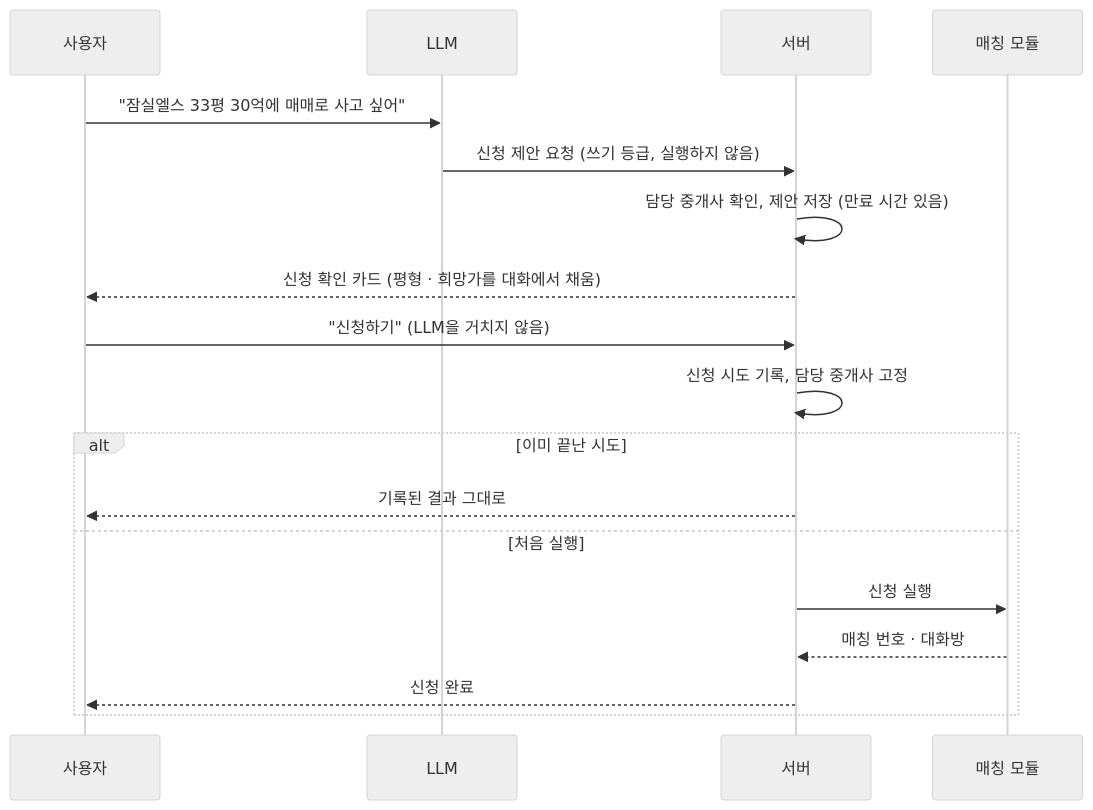
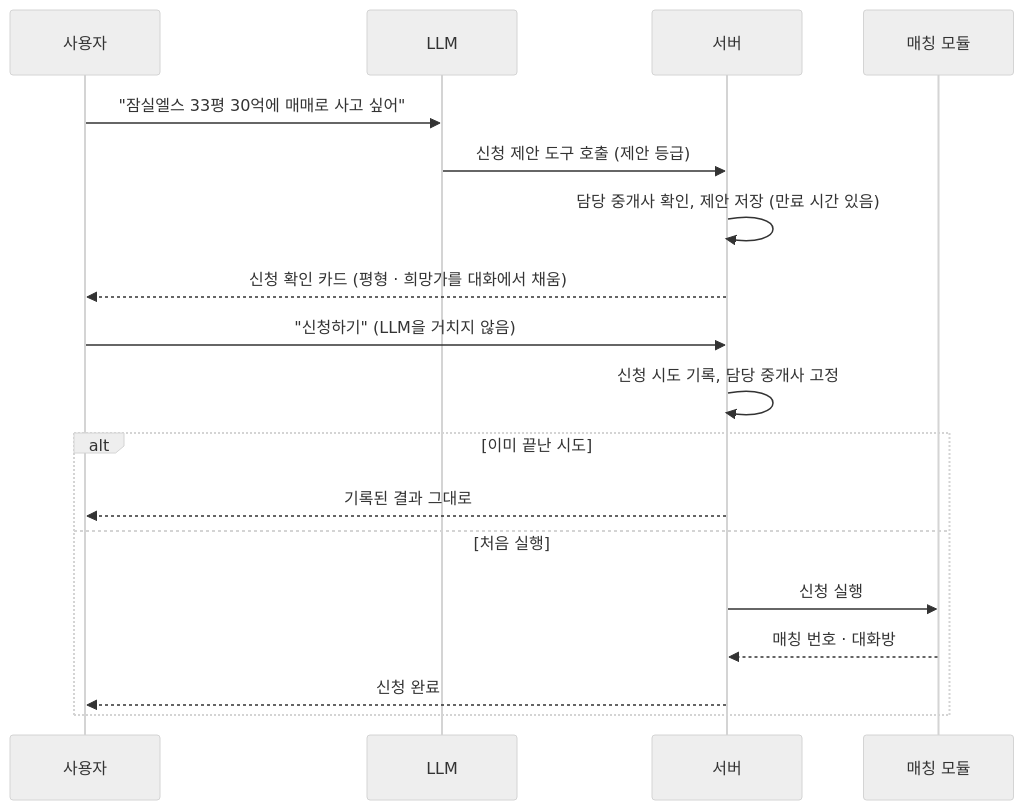
One commit to 12OneTwo12/12OneTwo12.github.io changed the second of 3 diagrams in content/blog/architecture/real-estate-integrated-agent.ko.md. Above: the diagram before and after it, drawn with Mermaid (neutral theme). The commit also changed other lines of this file and 1 other file, not shown here.

````diff
--- a/content/blog/architecture/real-estate-integrated-agent.ko.md
+++ b/content/blog/architecture/real-estate-integrated-agent.ko.md
@@ -330,20 +106,20 @@
 ```mermaid
 sequenceDiagram
     participant U as 사용자
     participant A as LLM
     participant S as 서버
     participant M as 매칭 모듈
     U->>A: "잠실엘스 33평 30억에 매매로 사고 싶어"
-    A->>S: 신청 제안 요청 (쓰기 등급, 실행하지 않음)
+    A->>S: 신청 제안 도구 호출 (제안 등급)
     S->>S: 담당 중개사 확인, 제안 저장 (만료 시간 있음)
     S-->>U: 신청 확인 카드 (평형 · 희망가를 대화에서 채움)
     U->>S: "신청하기" (LLM을 거치지 않음)
     S->>S: 신청 시도 기록, 담당 중개사 고정
     alt 이미 끝난 시도
         S-->>U: 기록된 결과 그대로
     else 처음 실행
         S->>M: 신청 실행
         M-->>S: 매칭 번호 · 대화방
         S-->>U: 신청 완료
     end
 ```
````
